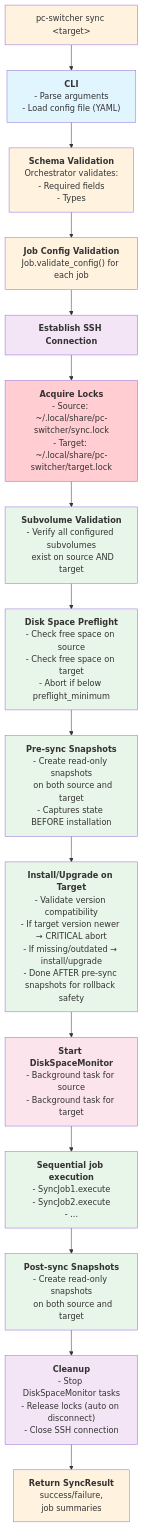
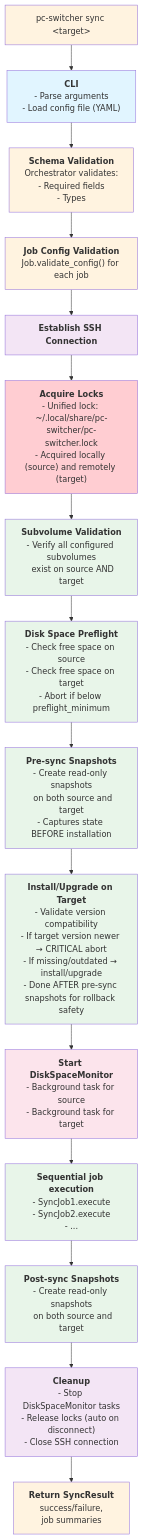
Before and after one commit to flaksit/pc-switcher: diagram 15 of 20 in specs/001-foundation/architecture.md, drawn with Mermaid. The commit also changed other lines of this file and 3 other files, not shown here.

First line of the commit message:
Update documentation for unified lock mechanism

````diff
--- a/specs/001-foundation/architecture.md
+++ b/specs/001-foundation/architecture.md
@@ -1077,63 +1077,63 @@
 ```mermaid
 graph TD
     Start["pc-switcher sync &lt;target&gt;"]
 
     CLI["<b>CLI</b><br/>- Parse arguments<br/>- Load config file (YAML)"]
 
     SchemaVal["<b>Schema Validation</b><br/>Orchestrator validates:<br/>- Required fields<br/>- Types"]
 
     JobConfigVal["<b>Job Config Validation</b><br/>Job.validate_config() for each job"]
 
     Connect["<b>Establish SSH Connection</b>"]
 
-    AcquireLocks["<b>Acquire Locks</b><br/>- Source: ~/.local/share/pc-switcher/sync.lock<br/>- Target: ~/.local/share/pc-switcher/target.lock"]
+    AcquireLocks["<b>Acquire Locks</b><br/>- Unified lock: ~/.local/share/pc-switcher/pc-switcher.lock<br/>- Acquired locally (source) and remotely (target)"]
 
     SubvolCheck["<b>Subvolume Validation</b><br/>- Verify all configured subvolumes<br/>  exist on source AND target"]
 
     DiskPreflight["<b>Disk Space Preflight</b><br/>- Check free space on source<br/>- Check free space on target<br/>- Abort if below preflight_minimum"]
 
     SnapPre["<b>Pre-sync Snapshots</b><br/>- Create read-only snapshots<br/>  on both source and target<br/>- Captures state BEFORE installation"]
 
     InstallTarget["<b>Install/Upgrade on Target</b><br/>- Validate version compatibility<br/>- If target version newer → CRITICAL abort<br/>- If missing/outdated → install/upgrade<br/>- Done AFTER pre-sync snapshots for rollback safety"]
 
     StartDiskMon["<b>Start DiskSpaceMonitor</b><br/>- Background task for source<br/>- Background task for target"]
 
     SyncJobs["<b>Sequential job execution</b><br/>- SyncJob1.execute<br/>- SyncJob2.execute<br/>- ..."]
 
     SnapPost["<b>Post-sync Snapshots</b><br/>- Create read-only snapshots<br/>  on both source and target"]
 
     Cleanup["<b>Cleanup</b><br/>- Stop DiskSpaceMonitor tasks<br/>- Release locks (auto on disconnect)<br/>- Close SSH connection"]
 
     Result["<b>Return SyncResult</b><br/>success/failure,<br/>job summaries"]
 
     Start --> CLI
     CLI --> SchemaVal
     SchemaVal --> JobConfigVal
     JobConfigVal --> Connect
     Connect --> AcquireLocks
     AcquireLocks --> SubvolCheck
     SubvolCheck --> DiskPreflight
     DiskPreflight --> SnapPre
     SnapPre --> InstallTarget
     InstallTarget --> StartDiskMon
     StartDiskMon --> SyncJobs
     SyncJobs --> SnapPost
     SnapPost --> Cleanup
     Cleanup --> Result
 
     style Start fill:#fff3e0
     style CLI fill:#e1f5ff
     style SchemaVal fill:#fff3e0
     style JobConfigVal fill:#fff3e0
     style Connect fill:#f3e5f5
     style AcquireLocks fill:#ffcdd2
     style SubvolCheck fill:#e8f5e9
     style DiskPreflight fill:#e8f5e9
     style SnapPre fill:#e8f5e9
     style InstallTarget fill:#e8f5e9
     style StartDiskMon fill:#fce4ec
     style SyncJobs fill:#e8f5e9
     style SnapPost fill:#e8f5e9
     style Cleanup fill:#f3e5f5
     style Result fill:#fff3e0
 ```
````
